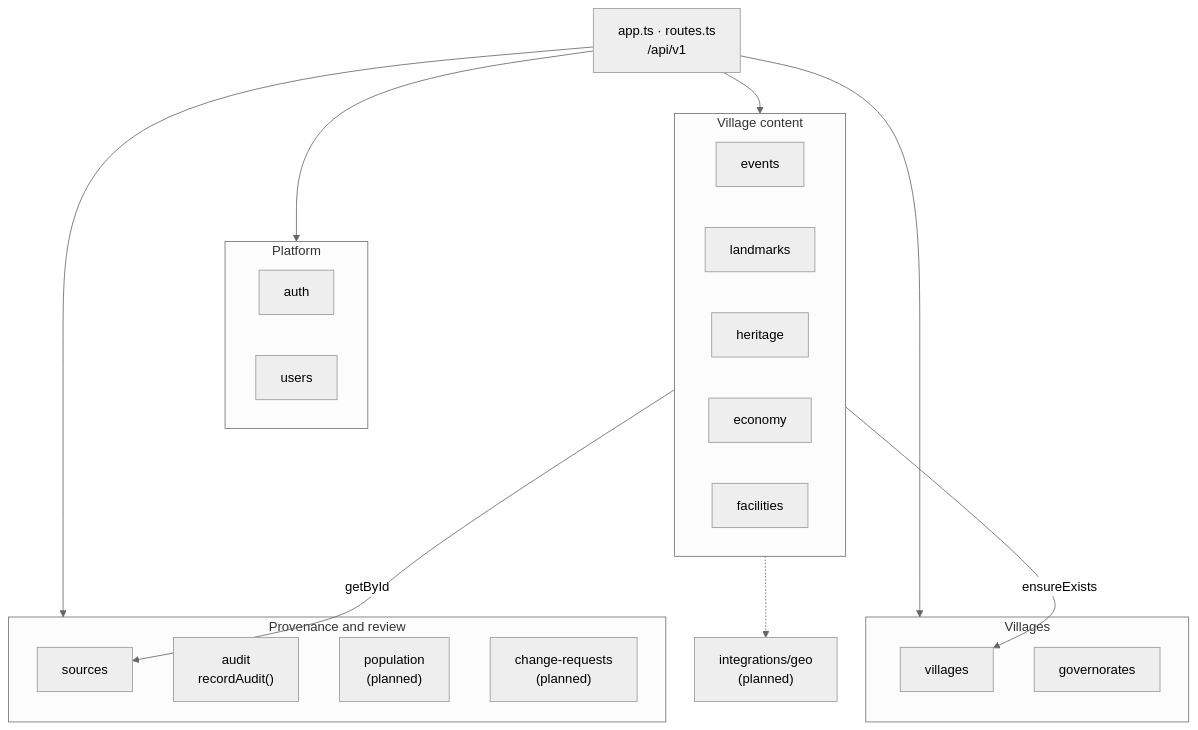
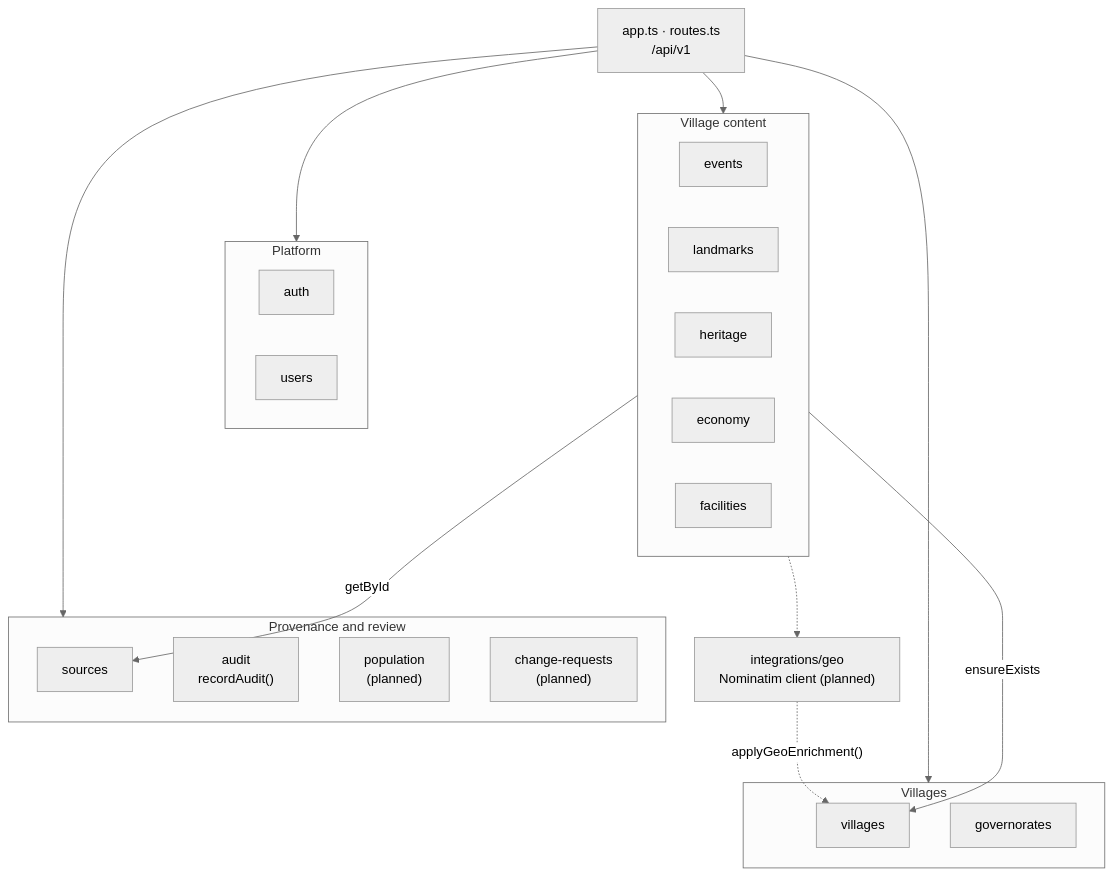
Before and after one commit to halaawwad/qaryati: the second of 4 diagrams in docs/architecture.md, drawn with Mermaid (neutral theme). The commit also changed other lines of this file and 1 other file, not shown here.

Commit message:
docs: update for merged village writes, relations and geo enrichment

````diff
--- a/docs/architecture.md
+++ b/docs/architecture.md
@@ -42,33 +42,34 @@
 ```mermaid
 flowchart TB
     app["app.ts · routes.ts<br/>/api/v1"]
 
     subgraph hala["Platform"]
         auth[auth]
         users[users]
     end
     subgraph yaman["Villages"]
         villages[villages]
         governorates[governorates]
     end
     subgraph sara["Provenance and review"]
         sources[sources]
         audit["audit<br/>recordAudit()"]
         population["population<br/>(planned)"]
         changes["change-requests<br/>(planned)"]
     end
     subgraph zeina["Village content"]
         events[events]
         landmarks[landmarks]
         heritage[heritage]
         economy[economy]
         facilities[facilities]
     end
 
-    geo["integrations/geo<br/>(planned)"]
+    geo["integrations/geo<br/>Nominatim client (planned)"]
 
     app --> hala & yaman & sara & zeina
     zeina -- "ensureExists" --> villages
     zeina -- "getById" --> sources
     zeina -.-> geo
+    geo -. "applyGeoEnrichment()" .-> villages
 ```
````
